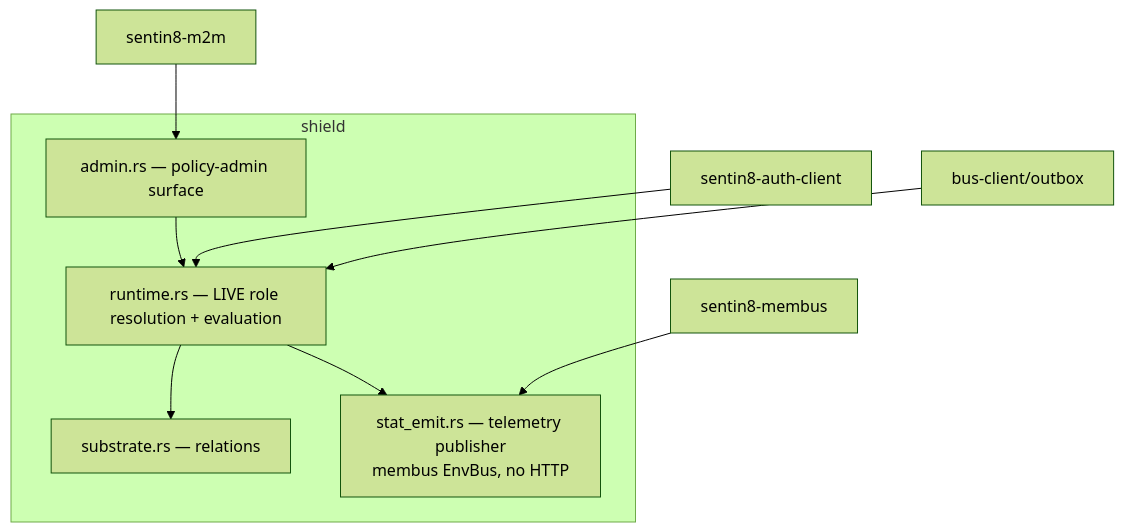
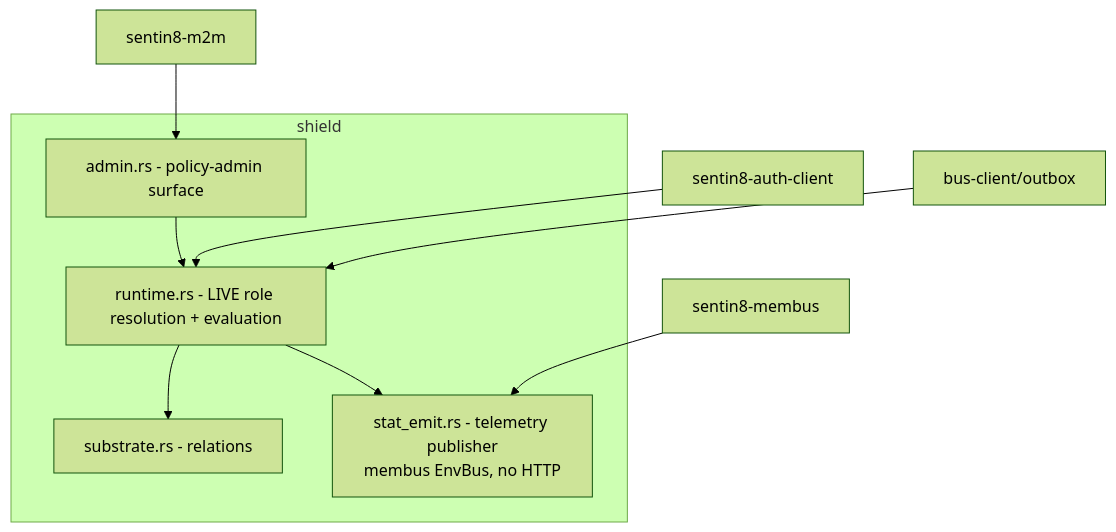
One commit to Sentin8/sentin8-site changed the fourth of 7 diagrams in docs/sdk/sdk/design.md. Above: the diagram before and after it, drawn with Mermaid (forest theme). The commit also changed other lines of this file and 105 other files, not shown here.

````diff
--- a/docs/sdk/sdk/design.md
+++ b/docs/sdk/sdk/design.md
@@ -163,16 +163,16 @@
 ```mermaid
 graph TD
     subgraph SHIELD[shield]
-        ADM[admin.rs — policy-admin surface]
-        RT[runtime.rs — LIVE role resolution + evaluation]
-        SUB[substrate.rs — relations]
-        SE[stat_emit.rs — telemetry publisher<br/>membus EnvBus, no HTTP]
+        ADM[admin.rs - policy-admin surface]
+        RT[runtime.rs - LIVE role resolution + evaluation]
+        SUB[substrate.rs - relations]
+        SE[stat_emit.rs - telemetry publisher<br/>membus EnvBus, no HTTP]
         RT --> SE
         ADM --> RT
         RT --> SUB
     end
     AUTHC[sentin8-auth-client] --> RT
     M2M[sentin8-m2m] --> ADM
     BUSC[bus-client/outbox] --> RT
     MB[sentin8-membus] --> SE
 ```
````
